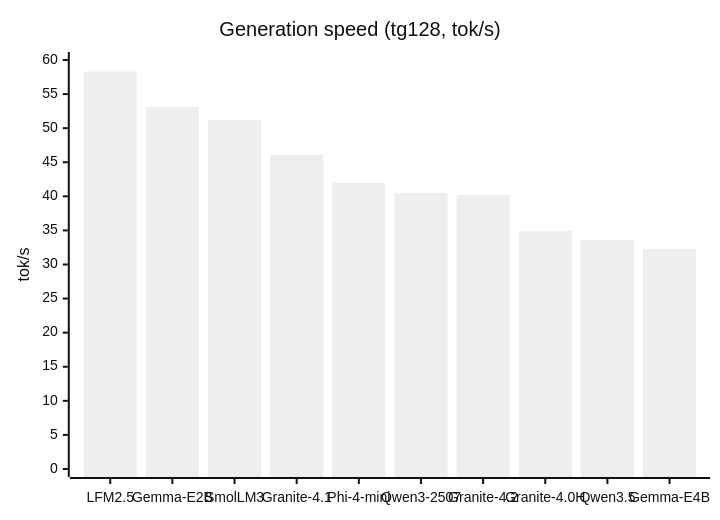
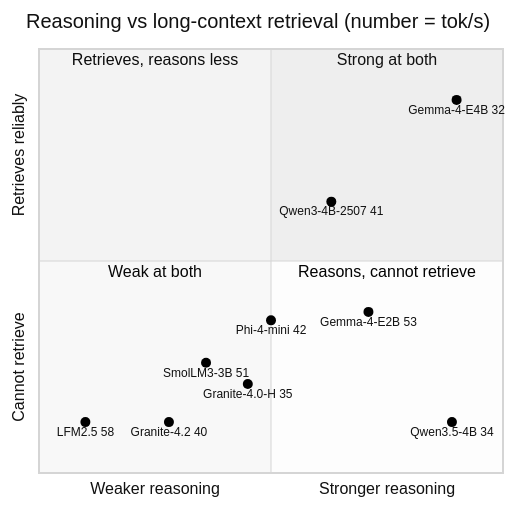
One commit to maximosipov/macbook-pro-2019-radeon-5500m-4gb changed the diagram in models.md. Above: the diagram before and after it, drawn with Mermaid (neutral theme). The commit also changed other lines of this file, not shown here.

First line of the commit message:
Replace the three summary charts with one comparison chart

````diff
--- a/models.md
+++ b/models.md
@@ -20,7 +18,19 @@
 ```mermaid
-xychart-beta
-    title "Generation speed (tg128, tok/s)"
-    x-axis ["LFM2.5", "Gemma-E2B", "SmolLM3", "Granite-4.1", "Phi-4-mini", "Qwen3-2507", "Granite-4.2", "Granite-4.0H", "Qwen3.5", "Gemma-E4B"]
-    y-axis "tok/s" 0 --> 60
-    bar [58.3, 53.1, 51.2, 46.1, 42.0, 40.5, 40.2, 34.9, 33.6, 32.3]
+quadrantChart
+    title Reasoning vs long-context retrieval (number = tok/s)
+    x-axis Weaker reasoning --> Stronger reasoning
+    y-axis Cannot retrieve --> Retrieves reliably
+    quadrant-1 Strong at both
+    quadrant-2 Retrieves, reasons less
+    quadrant-3 Weak at both
+    quadrant-4 Reasons, cannot retrieve
+    Gemma-4-E4B 32: [0.90, 0.88]
+    Qwen3-4B-2507 41: [0.63, 0.64]
+    Gemma-4-E2B 53: [0.71, 0.38]
+    Phi-4-mini 42: [0.50, 0.36]
+    SmolLM3-3B 51: [0.36, 0.26]
+    Granite-4.0-H 35: [0.45, 0.21]
+    Granite-4.2 40: [0.28, 0.12]
+    LFM2.5 58: [0.10, 0.12]
+    Qwen3.5-4B 34: [0.89, 0.12]
 ```
````
